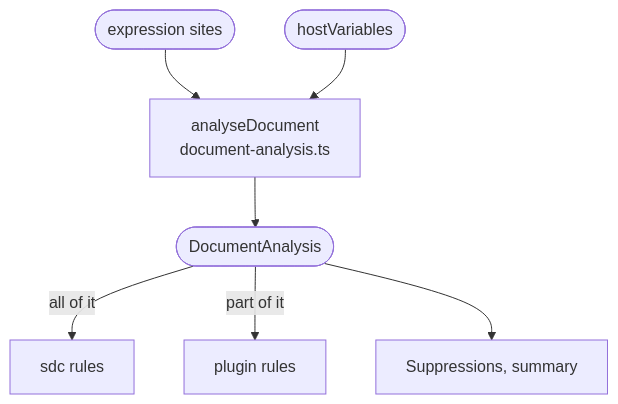
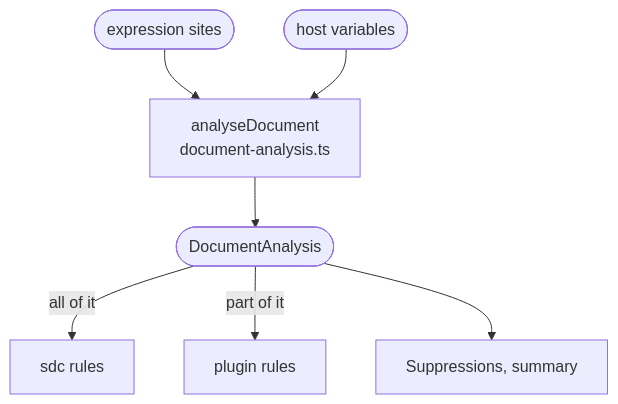
The diagram in docs/core/names.md (aehrc/sdc-questionnaire-lint), drawn with Mermaid before and after one commit. The commit also changed other lines of this file and 5 other files, not shown here.

````diff
--- a/docs/core/names.md
+++ b/docs/core/names.md
@@ -27,9 +31,9 @@
 ```mermaid
 flowchart TD
   sites(["expression sites"]) --> analyse["analyseDocument<br/>document-analysis.ts"]
-  host(["hostVariables"]) --> analyse
+  host(["host variables"]) --> analyse
   analyse --> analysis(["DocumentAnalysis"])
   analysis -->|"all of it"| core["sdc rules"]
   analysis -->|"part of it"| plugins["plugin rules"]
   analysis --> suppressions["Suppressions, summary"]
 ```
````
